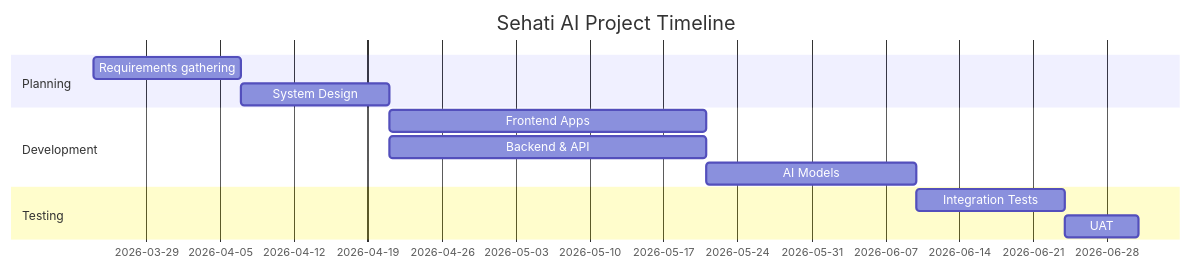
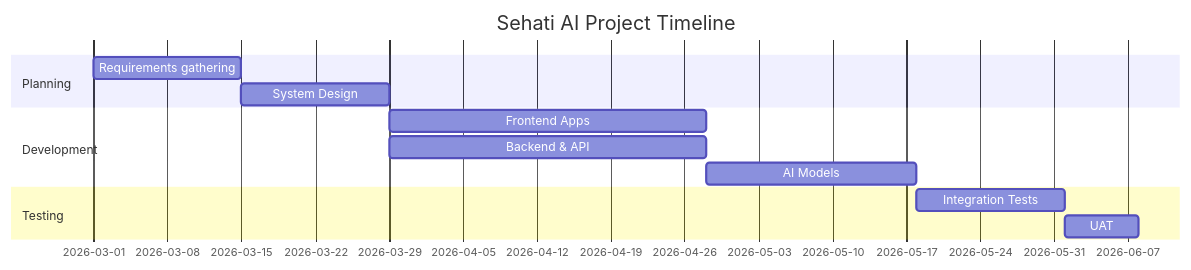
The diagram in sehati-ai-5/README.md (AyaMagdy27/Mastar_FINAL_PROJECT), drawn with Mermaid before and after one commit.

Commit message:
Fix typo in project timeline date

````diff
--- a/sehati-ai-5/README.md
+++ b/sehati-ai-5/README.md
@@ -112,15 +112,15 @@
 ```mermaid
 gantt
     title Sehati AI Project Timeline
     dateFormat  YYYY-MM-DD
     section Planning
-    Requirements gathering :a1, 2026-03-24, 14d
+    Requirements gathering :a1, 2026-03-1, 14d
     System Design      :a2, after a1, 14d
     section Development
     Frontend Apps      :a3, after a2, 30d
     Backend & API      :a4, after a2, 30d
     AI Models          :a5, after a4, 20d
     section Testing
     Integration Tests  :a6, after a5, 14d
     UAT                :a7, after a6, 7d
 ```
````
